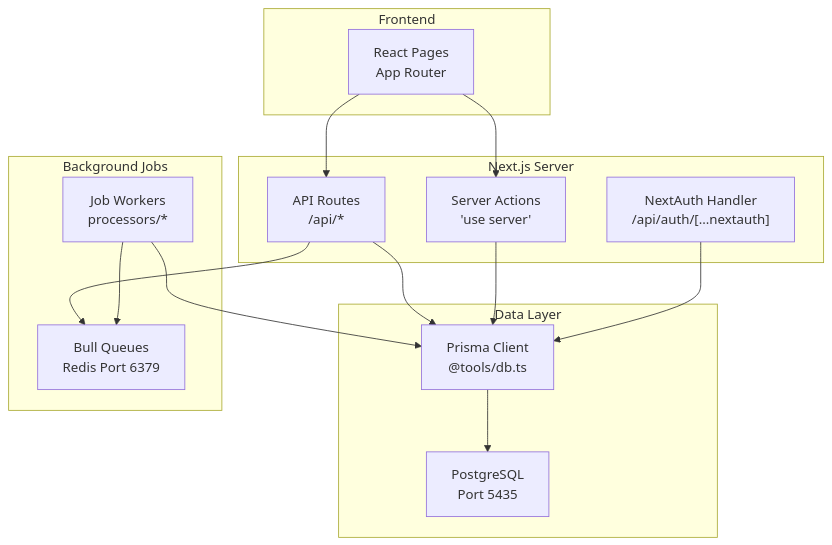
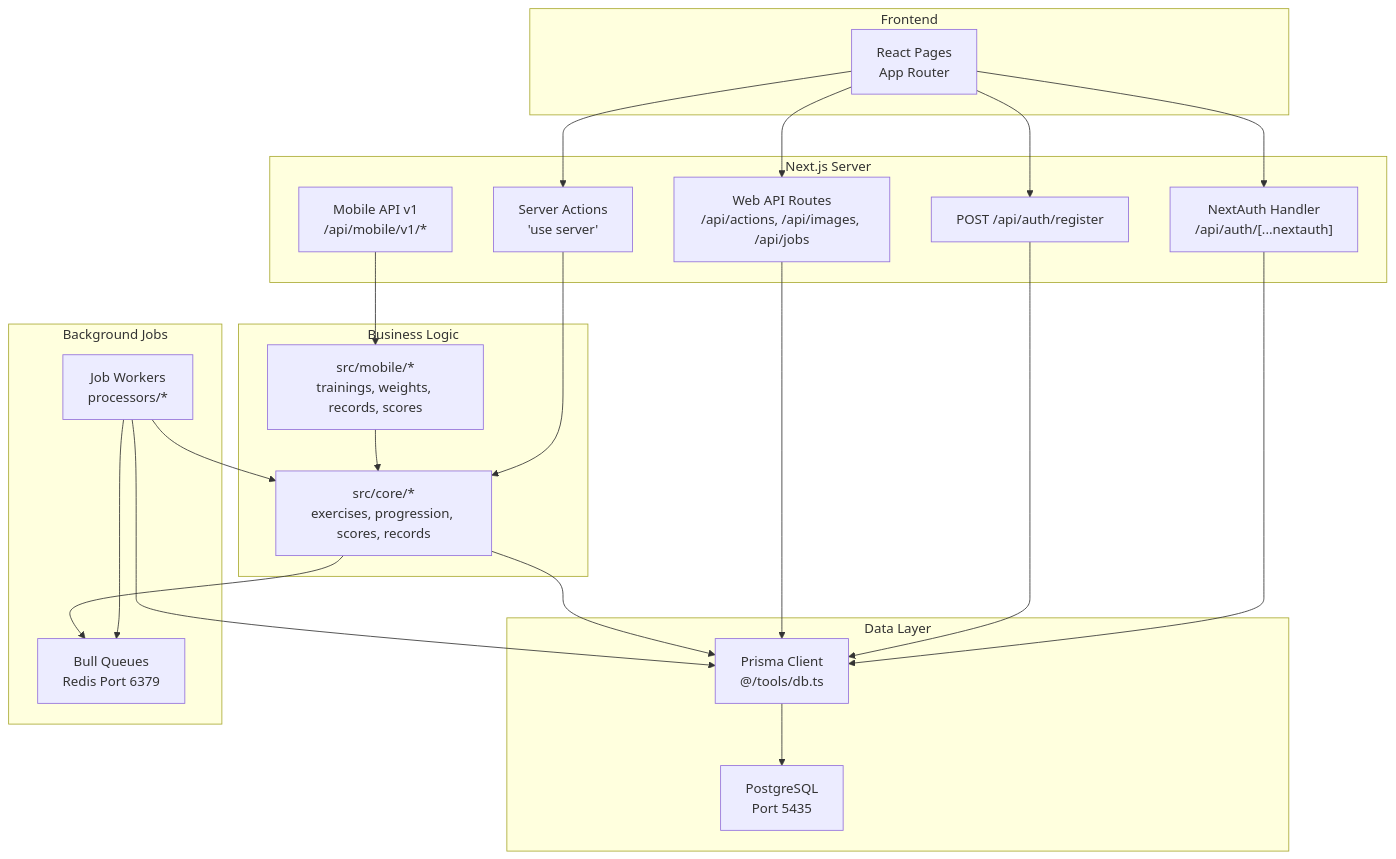
The first of 8 diagrams in .qoder/repowiki/en/content/Architecture Overview/Architecture Overview.md (Dezzpil/meingym), drawn with Mermaid before and after one commit. The commit also changed other lines of this file and 12 other files, not shown here.

````diff
--- a/.qoder/repowiki/en/content/Architecture Overview/Architecture Overview.md
+++ b/.qoder/repowiki/en/content/Architecture Overview/Architecture Overview.md
@@ -37,28 +49,41 @@
 ```mermaid
 graph TB
 subgraph "Frontend"
 UI["React Pages<br/>App Router"]
 end
 subgraph "Next.js Server"
-Routes["API Routes<br/>/api/*"]
+Routes["Web API Routes<br/>/api/actions, /api/images, /api/jobs"]
 Actions["Server Actions<br/>'use server'"]
 Auth["NextAuth Handler<br/>/api/auth/[...nextauth]"]
+Register["POST /api/auth/register"]
+Mobile["Mobile API v1<br/>/api/mobile/v1/*"]
+end
+subgraph "Business Logic"
+Core["src/core/*<br/>exercises, progression, scores, records"]
+MobileSvc["src/mobile/*<br/>trainings, weights, records, scores"]
 end
 subgraph "Data Layer"
-Prisma["Prisma Client<br/>@tools/db.ts"]
+Prisma["Prisma Client<br/>@/tools/db.ts"]
 DB["PostgreSQL<br/>Port 5435"]
 end
 subgraph "Background Jobs"
 Bull["Bull Queues<br/>Redis Port 6379"]
 Workers["Job Workers<br/>processors/*"]
 end
 UI --> Routes
 UI --> Actions
+UI --> Auth
+UI --> Register
+Mobile --> MobileSvc
+MobileSvc --> Core
+Actions --> Core
+Core --> Prisma
 Routes --> Prisma
-Actions --> Prisma
+Register --> Prisma
 Auth --> Prisma
-Routes --> Bull
+Core --> Bull
 Workers --> Bull
+Workers --> Core
 Workers --> Prisma
 Prisma --> DB
 ```
````
